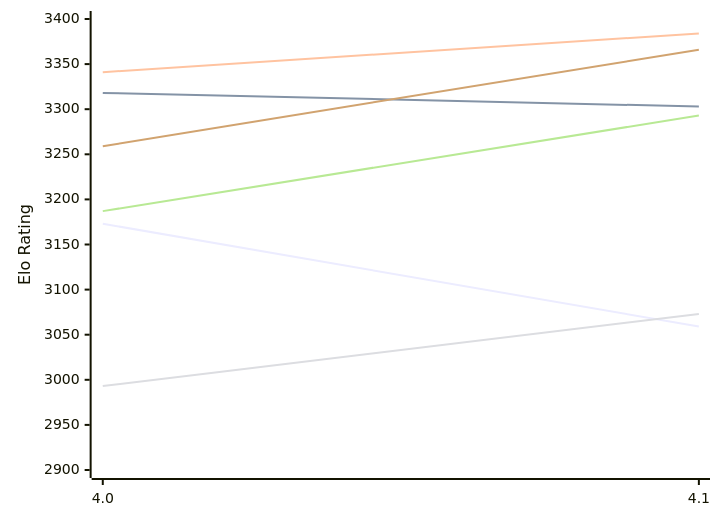
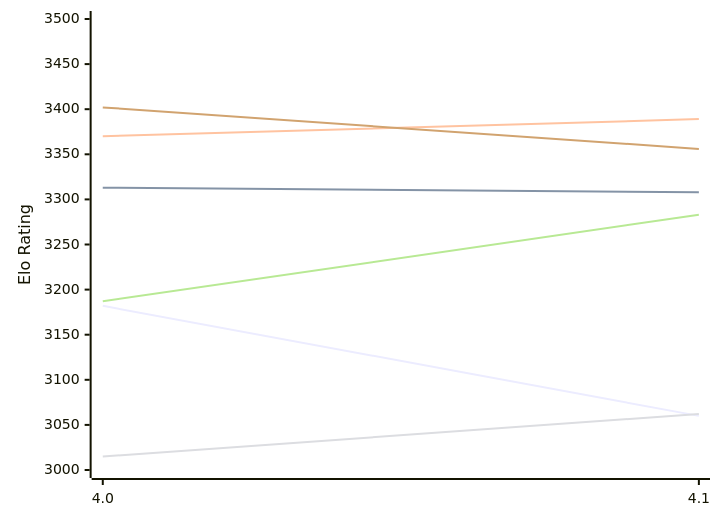
One commit to computer-chess-index/cci changed the first of 2 diagrams in engines/Petrel.md. Above: the diagram before and after it, drawn with Mermaid. The commit also changed other lines of this file, not shown here.

Commit message:
Update CCI Ratings (ELO VLTC) - 2026-11-15

````diff
--- a/engines/Petrel.md
+++ b/engines/Petrel.md
@@ -57,12 +57,12 @@
 ```mermaid
 %%{init: {"theme":"base","themeVariables":{"seriesColors:['#a3a3a3','#222221','#faa371']}}}%%
 xychart-beta
   x-axis ["4.0", "4.1"]
-  y-axis "Elo Rating" 2900 --> 3400
-  line "E1: STC (8.0+0.08s)" [3173, 3059]
-  line "E1: LTC (60.0+0.60s)" [3318, 3303]
-  line "E1: VLTC (2m24s+1.12s)" [3341, 3384]
-  line "P1: STC (8.0+0.08s)" [2993, 3073]
-  line "P1: LTC (60.0+0.60s)" [3187, 3293]
-  line "P1: VLTC (2m24s+1.12s)" [3259, 3366]
+  y-axis "Elo Rating" 3000 --> 3500
+  line "E1: STC (8.0+0.08s)" [3182, 3060]
+  line "E1: LTC (60.0+0.60s)" [3313, 3308]
+  line "E1: VLTC (2m24s+1.12s)" [3370, 3389]
+  line "P1: STC (8.0+0.08s)" [3015, 3062]
+  line "P1: LTC (60.0+0.60s)" [3187, 3283]
+  line "P1: VLTC (2m24s+1.12s)" [3402, 3356]
 ```
````
